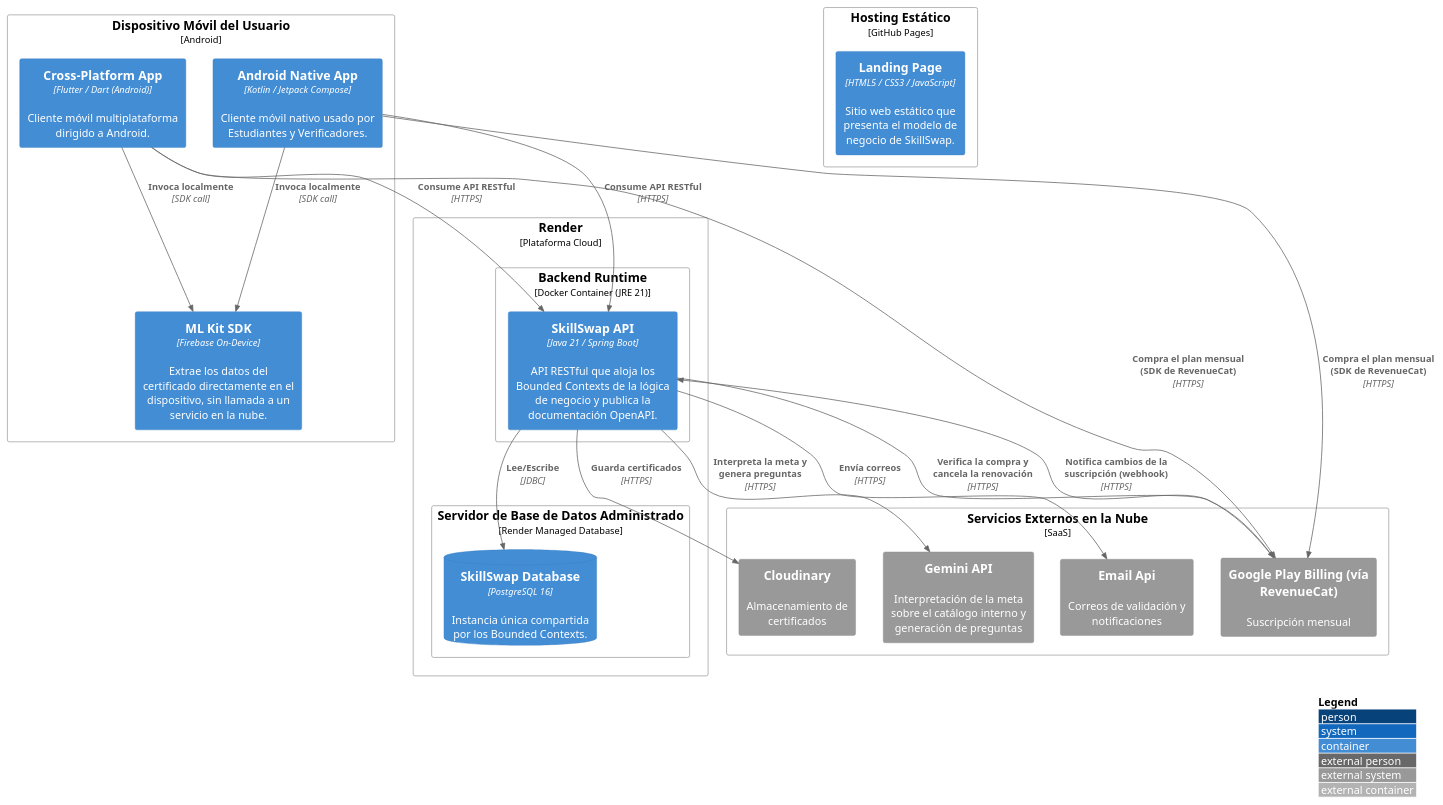
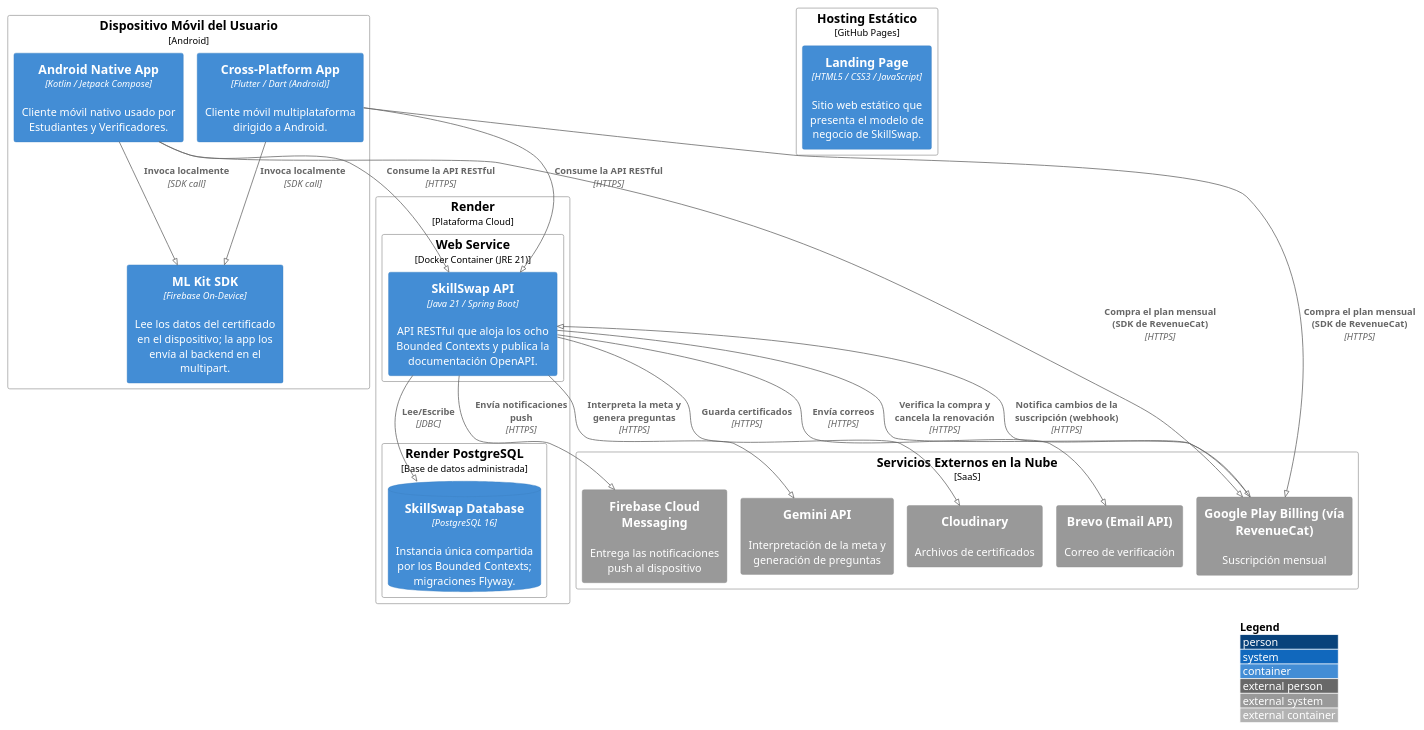
Before and after one commit to Aplicaciones-Dispositivos-Moviles/SkillSwap-ProjectReport: the diagram in DB&C4/Deployment Diagram.puml, drawn with PlantUML. The commit also changed 25 other files, not shown here.

First line of the commit message:
docs(images): regenerate C4, context map and component diagrams

```diff
--- a/DB&C4/Deployment Diagram.puml
+++ b/DB&C4/Deployment Diagram.puml
@@ -1,48 +1,51 @@
 @startuml SkillSwapDeployment
+!pragma layout smetana
 !include https://raw.githubusercontent.com/plantuml-stdlib/C4-PlantUML/master/C4_Deployment.puml
 
 LAYOUT_WITH_LEGEND()
 
 Deployment_Node(userDevice, "Dispositivo Móvil del Usuario", "Android"){
     Container(androidApp, "Android Native App", "Kotlin / Jetpack Compose", "Cliente móvil nativo usado por Estudiantes y Verificadores.")
     Container(flutterApp, "Cross-Platform App", "Flutter / Dart (Android)", "Cliente móvil multiplataforma dirigido a Android.")
-    Container(mlKitSdk, "ML Kit SDK", "Firebase On-Device", "Extrae los datos del certificado directamente en el dispositivo, sin llamada a un servicio en la nube.")
+    Container(mlKitSdk, "ML Kit SDK", "Firebase On-Device", "Lee los datos del certificado en el dispositivo; la app los envía al backend en el multipart.")
 }
 
 Deployment_Node(staticHosting, "Hosting Estático", "GitHub Pages"){
     Container(landingPage, "Landing Page", "HTML5 / CSS3 / JavaScript", "Sitio web estático que presenta el modelo de negocio de SkillSwap.")
 }
 
 Deployment_Node(cloudPlatform, "Render", "Plataforma Cloud"){
-    Deployment_Node(backendRuntime, "Backend Runtime", "Docker Container (JRE 21)"){
-        Container(api, "SkillSwap API", "Java 21 / Spring Boot", "API RESTful que aloja los Bounded Contexts de la lógica de negocio y publica la documentación OpenAPI.")
+    Deployment_Node(backendRuntime, "Web Service", "Docker Container (JRE 21)"){
+        Container(api, "SkillSwap API", "Java 21 / Spring Boot", "API RESTful que aloja los ocho Bounded Contexts y publica la documentación OpenAPI.")
     }
-    Deployment_Node(dbServer, "Servidor de Base de Datos Administrado", "Render Managed Database"){
-        ContainerDb(mainDB, "SkillSwap Database", "PostgreSQL 16", "Instancia única compartida por los Bounded Contexts.")
+    Deployment_Node(dbServer, "Render PostgreSQL", "Base de datos administrada"){
+        ContainerDb(mainDB, "SkillSwap Database", "PostgreSQL 16", "Instancia única compartida por los Bounded Contexts; migraciones Flyway.")
     }
 }
 
 Deployment_Node(externalCloud, "Servicios Externos en la Nube", "SaaS"){
-    System_Ext(cloudStorage, "Cloudinary", "Almacenamiento de certificados")
-    System_Ext(emailService, "Email Api", "Correos de validación y notificaciones")
-    System_Ext(geminiApi, "Gemini API", "Interpretación de la meta sobre el catálogo interno y generación de preguntas")
+    System_Ext(cloudStorage, "Cloudinary", "Archivos de certificados")
+    System_Ext(emailService, "Brevo (Email API)", "Correo de verificación")
+    System_Ext(pushService, "Firebase Cloud Messaging", "Entrega las notificaciones push al dispositivo")
+    System_Ext(geminiApi, "Gemini API", "Interpretación de la meta y generación de preguntas")
     System_Ext(playBilling, "Google Play Billing (vía RevenueCat)", "Suscripción mensual")
 }
 
 Rel(androidApp, mlKitSdk, "Invoca localmente", "SDK call")
 Rel(flutterApp, mlKitSdk, "Invoca localmente", "SDK call")
 
-Rel(androidApp, api, "Consume API RESTful", "HTTPS")
-Rel(flutterApp, api, "Consume API RESTful", "HTTPS")
+Rel(androidApp, api, "Consume la API RESTful", "HTTPS")
+Rel(flutterApp, api, "Consume la API RESTful", "HTTPS")
 
 Rel(api, mainDB, "Lee/Escribe", "JDBC")
 
 Rel(api, cloudStorage, "Guarda certificados", "HTTPS")
 Rel(api, emailService, "Envía correos", "HTTPS")
+Rel(api, pushService, "Envía notificaciones push", "HTTPS")
 Rel(api, geminiApi, "Interpreta la meta y genera preguntas", "HTTPS")
 Rel(api, playBilling, "Verifica la compra y cancela la renovación", "HTTPS")
 Rel(playBilling, api, "Notifica cambios de la suscripción (webhook)", "HTTPS")
 Rel(androidApp, playBilling, "Compra el plan mensual (SDK de RevenueCat)", "HTTPS")
 Rel(flutterApp, playBilling, "Compra el plan mensual (SDK de RevenueCat)", "HTTPS")
 
 @enduml
```
